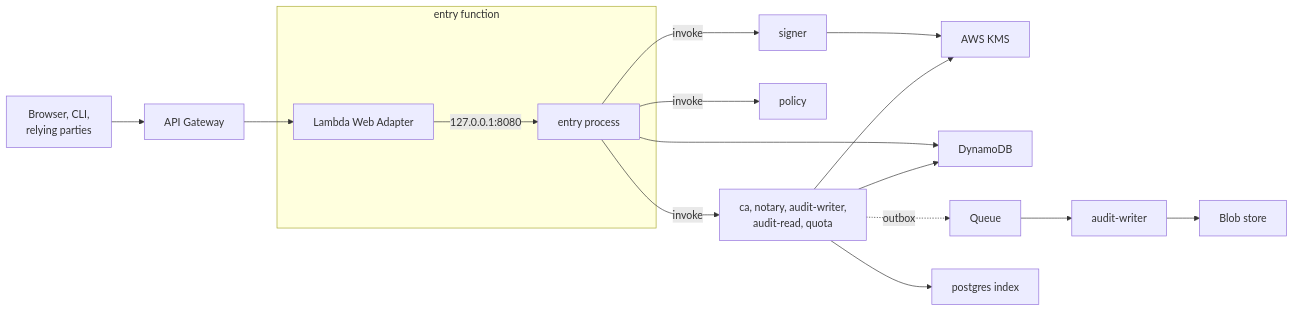
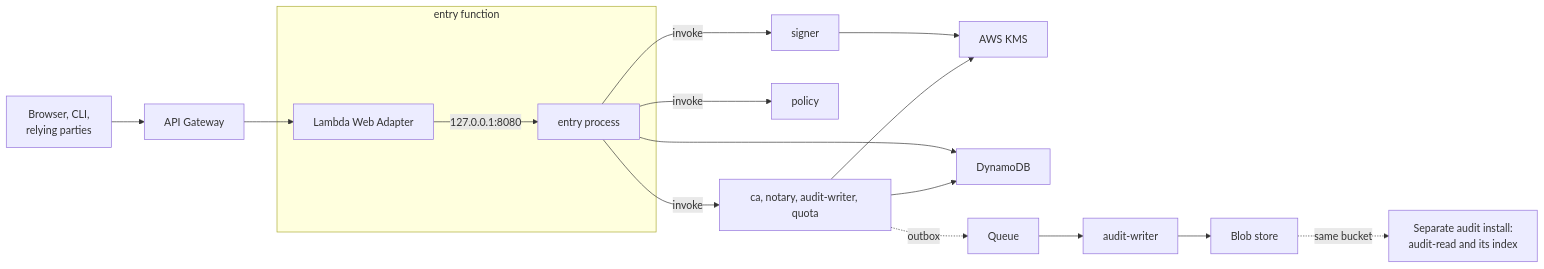
Before and after one commit to truvity/sluis: the diagram in docs/shapes/aws-lambda.md, drawn with Mermaid. The commit also changed other lines of this file and 13 other files, not shown here.

````diff
--- a/docs/shapes/aws-lambda.md
+++ b/docs/shapes/aws-lambda.md
@@ -13,18 +13,18 @@
 ```mermaid
 flowchart LR
   user["Browser, CLI,<br/>relying parties"] --> ep["API Gateway"]
   subgraph cn["entry function"]
     lwa["Lambda Web Adapter"] -- "127.0.0.1:8080" --> app["entry process"]
   end
   ep --> lwa
   app -- "invoke" --> signer["signer"]
   app -- "invoke" --> policy["policy"]
-  app -- "invoke" --> others["ca, notary, audit-writer,<br/>audit-read, quota"]
+  app -- "invoke" --> others["ca, notary, audit-writer, quota"]
   signer --> kms["AWS KMS"]
   others --> kms
   app --> ddb["DynamoDB"]
   others --> ddb
   others -. "outbox" .-> q["Queue"]
   q --> writer["audit-writer"] --> blob["Blob store"]
-  others --> idx["postgres index"]
+  blob -. "same bucket" .-> aud["Separate audit install:<br/>audit-read and its index"]
 ```
````
